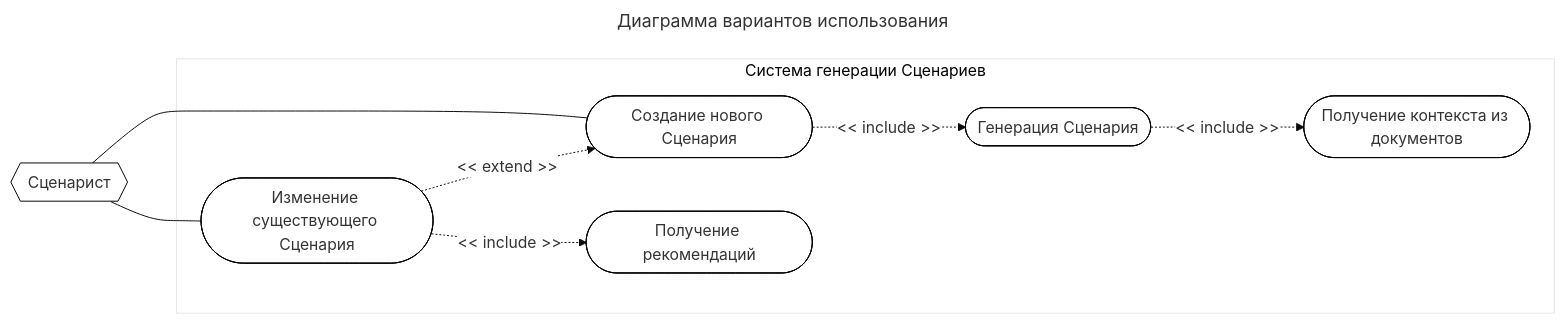
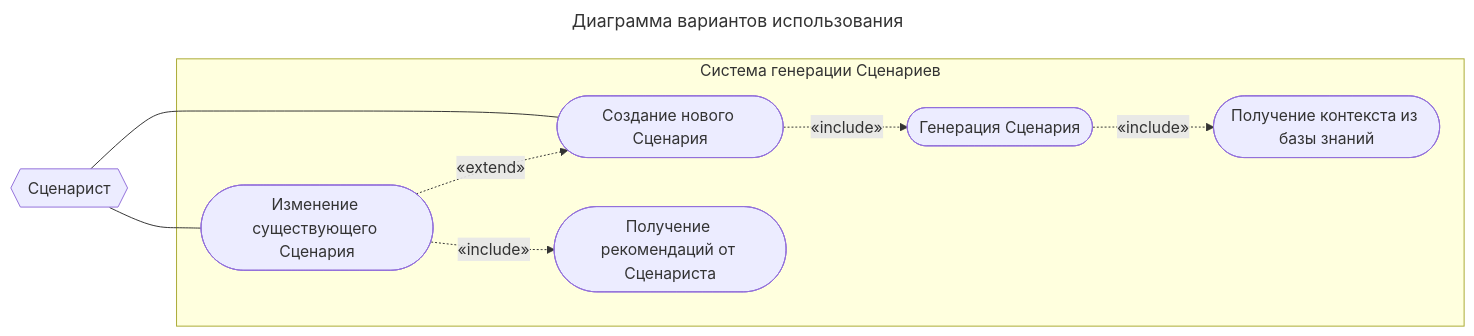
Before and after one commit to CHSU-scenarAIst/diagrammy: the diagram in 1. Диаграмма вариантов использования.md, drawn with Mermaid. The commit also changed other lines of this file and 26 other files, not shown here.

````diff
--- a/1. Диаграмма вариантов использования.md
+++ b/1. Диаграмма вариантов использования.md
@@ -3,34 +3,21 @@
 ```mermaid
 ---
 title: Диаграмма вариантов использования
 ---
-%%{init: {
-  'theme': 'base',
-  'themeVariables': {
-    'primaryColor': '#fff',
-    'primaryBorderColor': '#000',
-    'fontSize': '16px',
-    'activationBorderColor': '#000'
-  }
-}}%%
 graph LR
     subgraph "Система генерации Сценариев"
         UC1([Создание нового Сценария])
         UC2([Генерация Сценария])
-        UC3([Получение контекста из документов])
-
+        UC3([Получение контекста из базы знаний])
         UC4([Изменение существующего Сценария])
-        UC5([Получение рекомендаций])
-
-        %% Связи отношений (по направлению стрелок на схеме)
-        UC1 -. "<< include >>" .-> UC2
-        UC2 -. "<< include >>" .-> UC3
-
-        UC4 -. "<< extend >>" .-> UC1
-        UC4 -. "<< include >>" .-> UC5
+        UC5([Получение рекомендаций от Сценариста])
+        UC1 -. "«include»" .-> UC2
+        UC2 -. "«include»" .-> UC3
+        UC4 -. "«extend»" .-> UC1
+        UC4 -. "«include»" .-> UC5
     end
 
     Actor{{Сценарист}}
     Actor --- UC1
     Actor --- UC4
 ```
````
